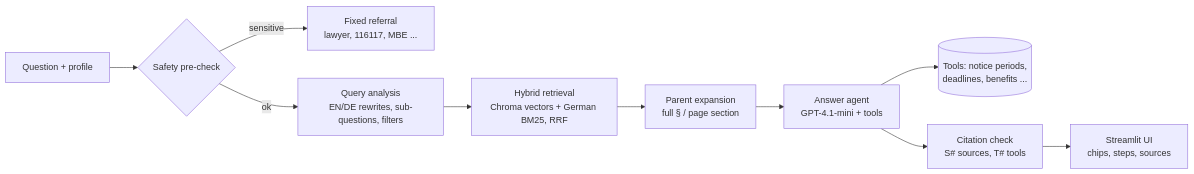
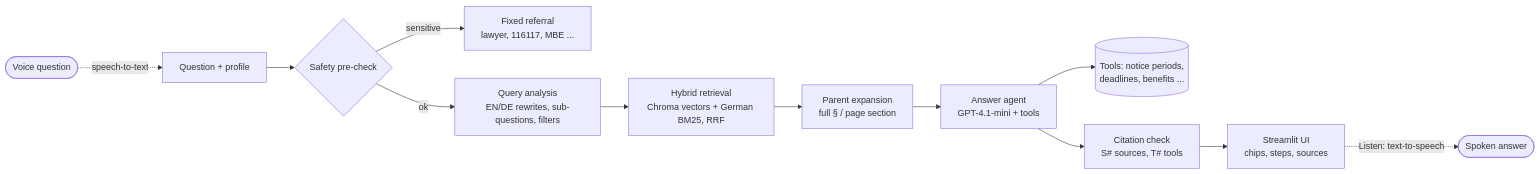
One commit to hiravesonali/Expat-assistant changed the diagram in README.md. Above: the diagram before and after it, drawn with Mermaid. The commit also changed other lines of this file, not shown here.

Commit message:
docs(readme): voice, English | Deutsch, tech stack, cost protection, limitations, project layout

````diff
--- a/README.md
+++ b/README.md
@@ -26,12 +26,14 @@
 ```mermaid
 flowchart LR
+    V([Voice question]) -. speech-to-text .-> Q
     Q[Question + profile] --> S{Safety pre-check}
     S -- sensitive --> R[Fixed referral<br/>lawyer, 116117, MBE ...]
     S -- ok --> A[Query analysis<br/>EN/DE rewrites, sub-questions, filters]
     A --> H[Hybrid retrieval<br/>Chroma vectors + German BM25, RRF]
     H --> P[Parent expansion<br/>full § / page section]
     P --> G[Answer agent<br/>GPT-4.1-mini + tools]
     G --> T[(Tools: notice periods,<br/>deadlines, benefits ...)]
     G --> C[Citation check<br/>S# sources, T# tools]
     C --> U[Streamlit UI<br/>chips, steps, sources]
+    U -. Listen: text-to-speech .-> L([Spoken answer])
 ```
````
